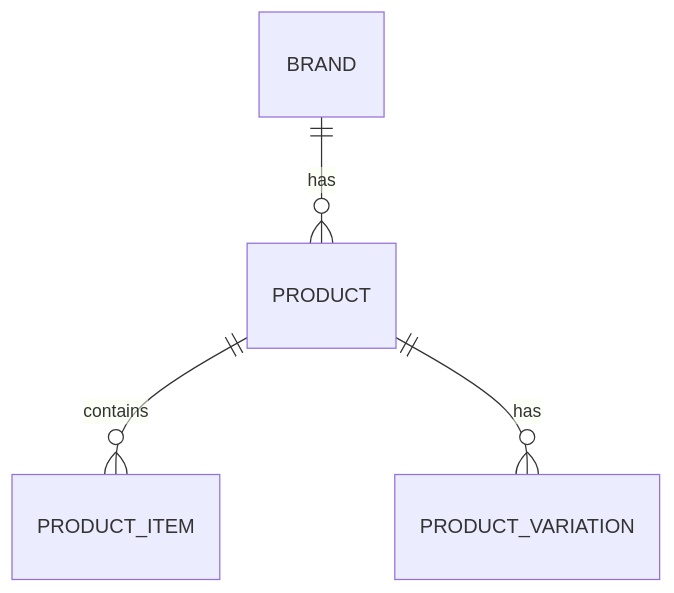
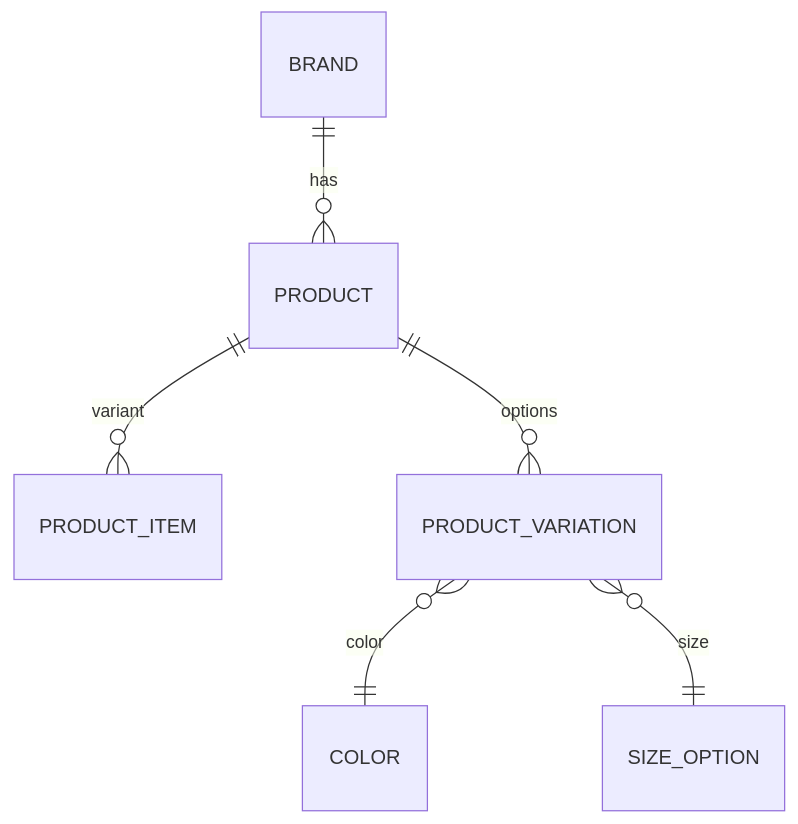
Before and after one commit to waigirikamau/GROUP681-DATABASE-ASSIGNMENT: the diagram in README.md, drawn with Mermaid. The commit also changed other lines of this file, not shown here.

````diff
--- a/README.md
+++ b/README.md
@@ -45,6 +14,8 @@
 ```mermaid
 erDiagram
     BRAND ||--o{ PRODUCT : "has"
-    PRODUCT ||--o{ PRODUCT_ITEM : "contains"
-    PRODUCT ||--o{ PRODUCT_VARIATION : "has"
+    PRODUCT ||--o{ PRODUCT_ITEM : "variant"
+    PRODUCT ||--o{ PRODUCT_VARIATION : "options"
+    PRODUCT_VARIATION }o--|| COLOR : "color"
+    PRODUCT_VARIATION }o--|| SIZE_OPTION : "size"
 ```
````
